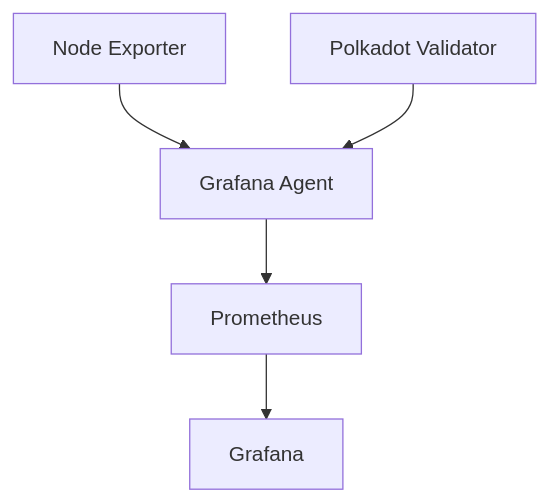
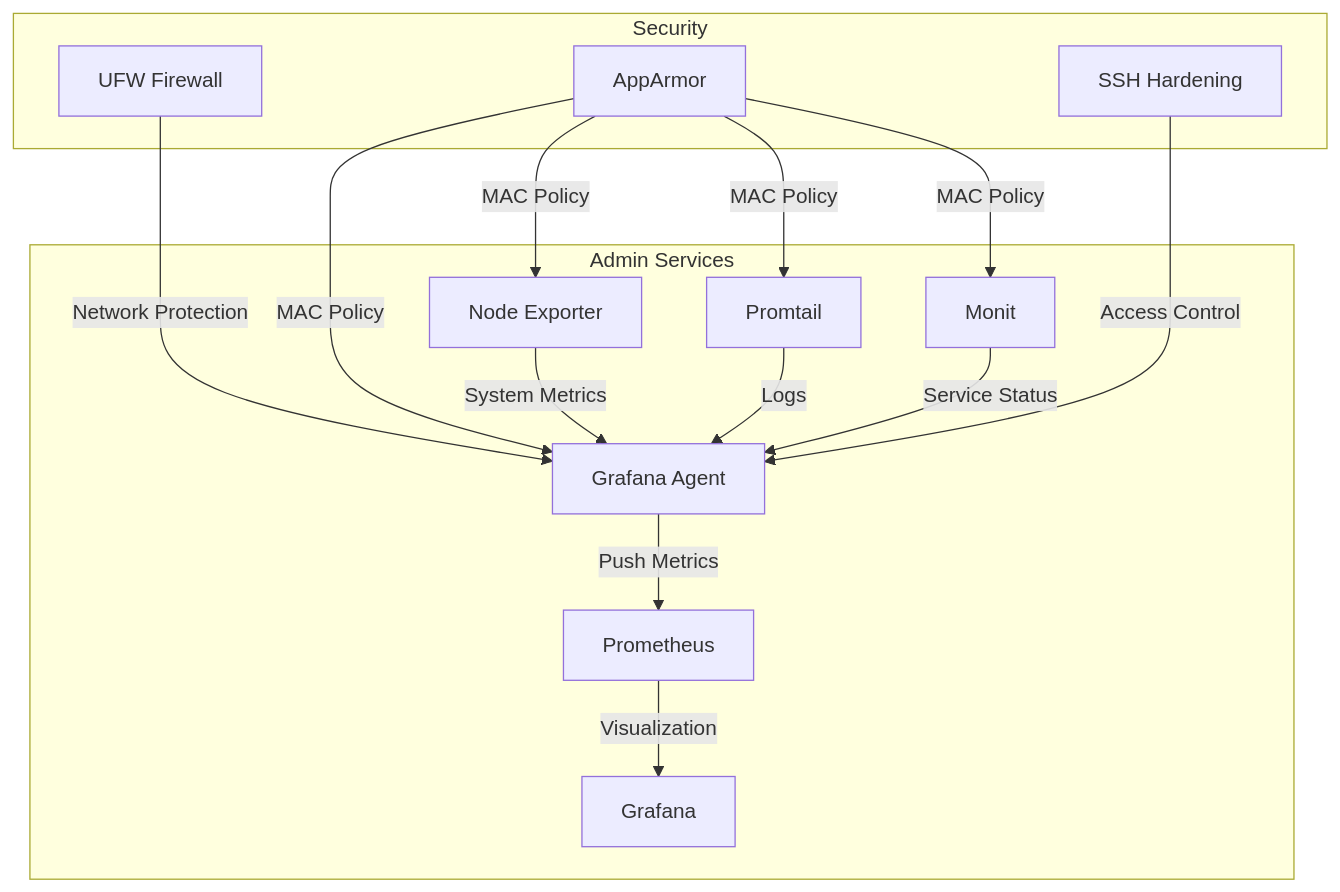
One commit to pampatzoglou/provision-validators changed the first of 2 diagrams in roles/admin/README.md. Above: the diagram before and after it, drawn with Mermaid. The commit also changed other lines of this file and 2 other files, not shown here.

````diff
--- a/roles/admin/README.md
+++ b/roles/admin/README.md
@@ -214,7 +214,23 @@
 ```mermaid
 graph TD
-    A[Node Exporter] --> B[Grafana Agent]
-    C[Polkadot Validator] --> B
-    B --> D[Prometheus]
-    D --> E[Grafana]
+    subgraph Admin Services
+        A[Grafana Agent] --> |Push Metrics| B[Prometheus]
+        B --> |Visualization| C[Grafana]
+        D[Node Exporter] --> |System Metrics| A
+        E[Promtail] --> |Logs| A
+        F[Monit] --> |Service Status| A
+    end
+
+    subgraph Security
+        G[UFW Firewall]
+        H[AppArmor]
+        I[SSH Hardening]
+    end
+
+    G --> |Network Protection| A
+    H --> |MAC Policy| A
+    H --> |MAC Policy| D
+    H --> |MAC Policy| E
+    H --> |MAC Policy| F
+    I --> |Access Control| A
 ```
````
